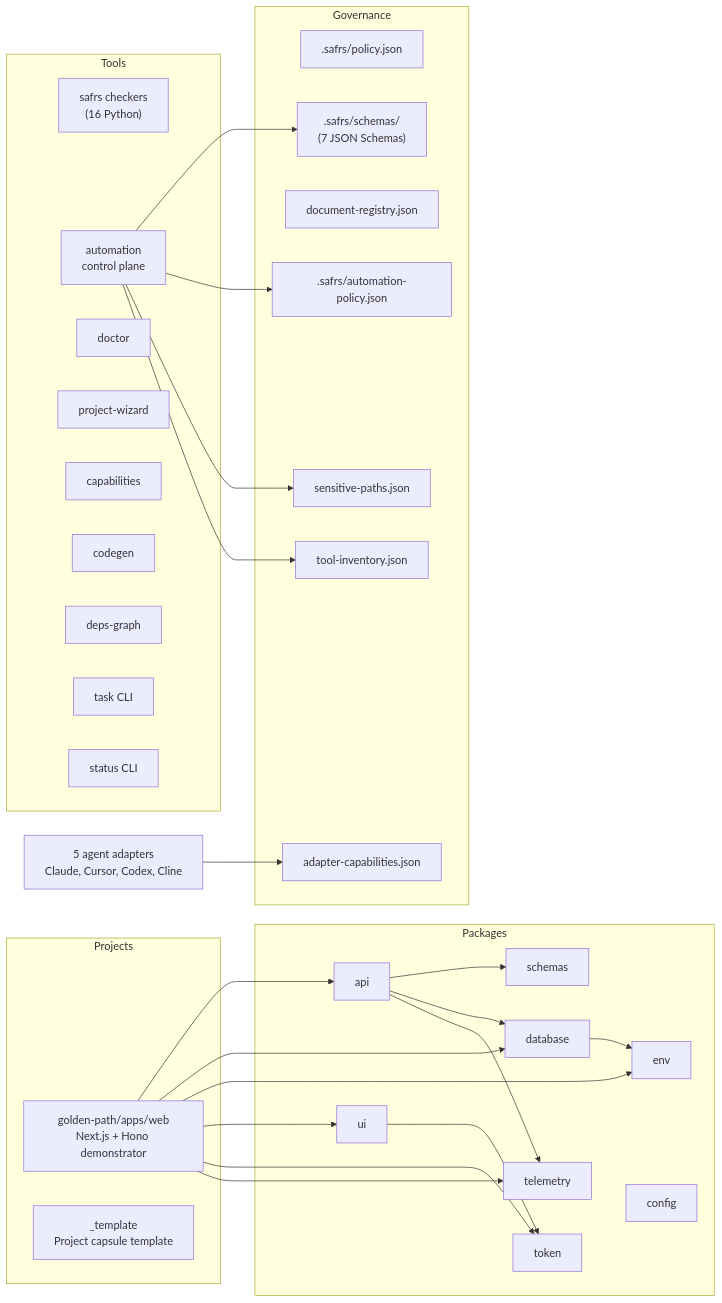
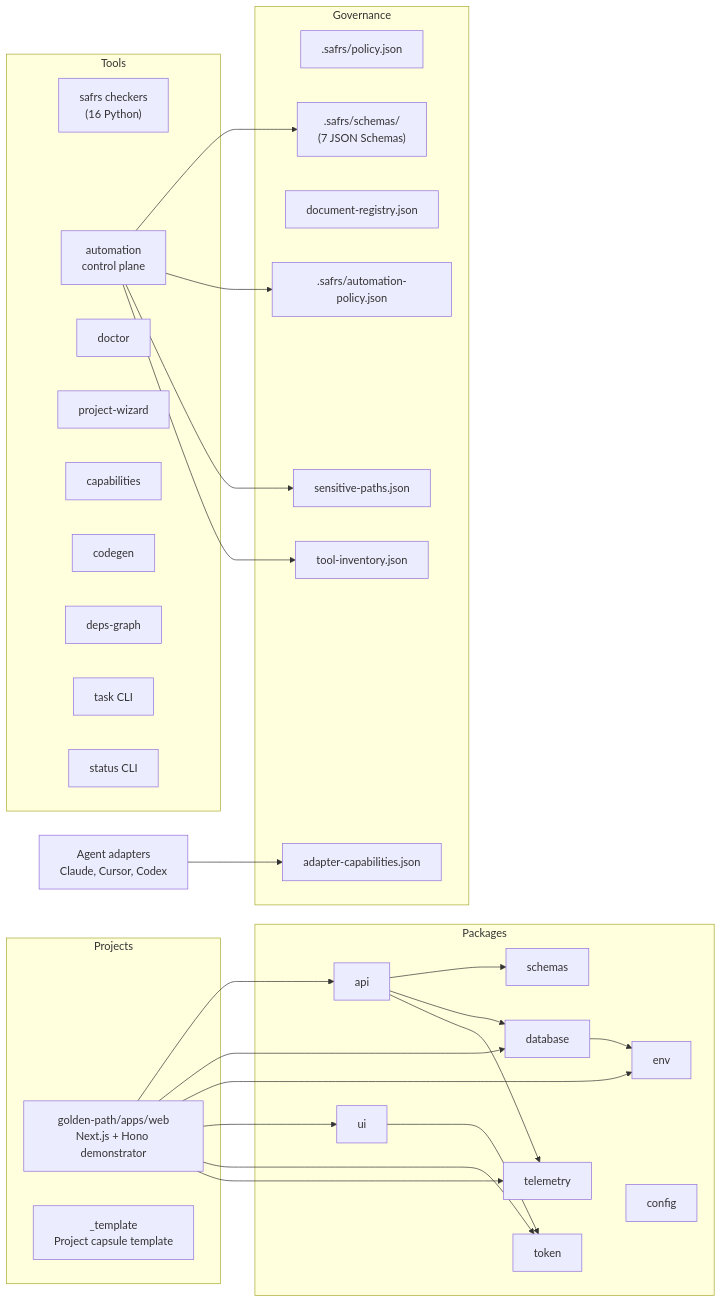
Before and after one commit to drferdii/Monorepo-safrs: the third of 5 diagrams in sentrawiki/overview/architecture.md, drawn with Mermaid. The commit also changed 29 other files, not shown here.

````diff
--- a/sentrawiki/overview/architecture.md
+++ b/sentrawiki/overview/architecture.md
@@ -48,57 +48,57 @@
 ```mermaid
 graph LR
     subgraph Projects
         GP["golden-path/apps/web<br/>Next.js + Hono demonstrator"]
         TMPL["_template<br/>Project capsule template"]
     end
 
     subgraph Packages
         SCH["schemas"]
         ENV["env"]
         DB["database"]
         API["api"]
         UI["ui"]
         TOK["token"]
         CFG["config"]
         TEL["telemetry"]
     end
 
     subgraph Tools
         SAFRS["safrs checkers<br/>(16 Python)"]
         AUTO["automation<br/>control plane"]
         DOC["doctor"]
         WIZ["project-wizard"]
         CAP["capabilities"]
         CG["codegen"]
         DG["deps-graph"]
         TSK["task CLI"]
         STS["status CLI"]
     end
 
     subgraph Governance
         POL[".safrs/policy.json"]
         APOL[".safrs/automation-policy.json"]
         REG["document-registry.json"]
         SENS["sensitive-paths.json"]
         INV["tool-inventory.json"]
         SCHM[".safrs/schemas/<br/>(7 JSON Schemas)"]
         ADAP["adapter-capabilities.json"]
     end
 
     GP --> API
     GP --> DB
     GP --> ENV
     GP --> UI
     GP --> TOK
     GP --> TEL
     API --> SCH
     API --> DB
     API --> TEL
     DB --> ENV
     UI --> TOK
     AUTO --> SCHM
     AUTO --> APOL
     AUTO --> SENS
     AUTO --> INV
-    GD["5 agent adapters<br/>Claude, Cursor, Codex, Cline"] --> ADAP
+    GD["Agent adapters<br/>Claude, Cursor, Codex"] --> ADAP
 ```
````
